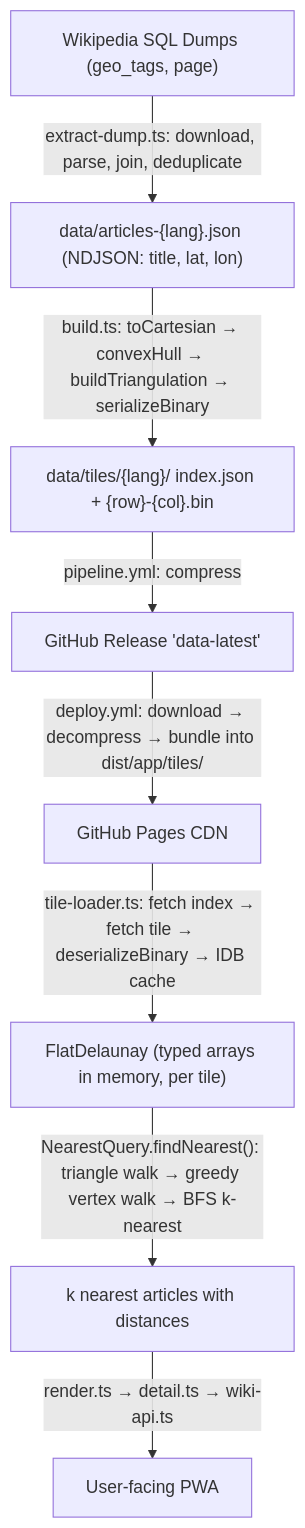
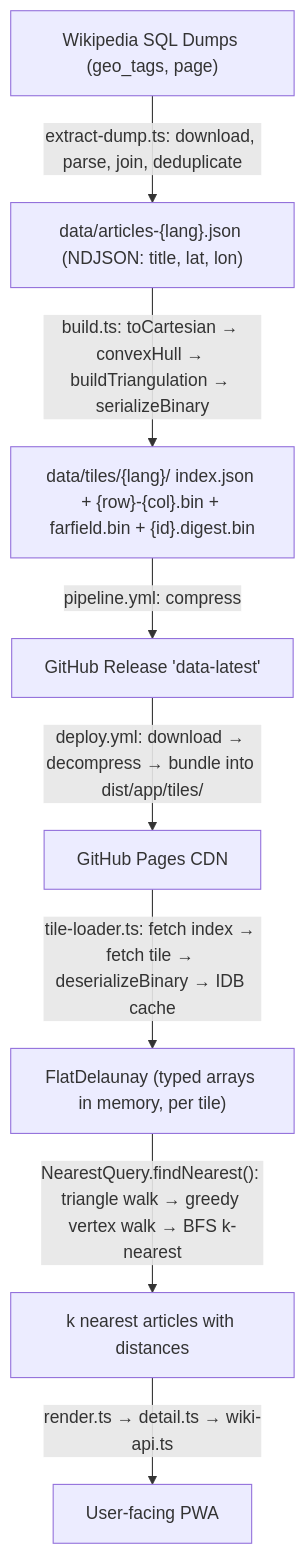
One commit to ChrisSteinbach/tour-guide changed the diagram in docs/architecture.md. Above: the diagram before and after it, drawn with Mermaid. The commit also changed other lines of this file and 5 other files, not shown here.

````diff
--- a/docs/architecture.md
+++ b/docs/architecture.md
@@ -7,19 +7,19 @@
 ```mermaid
 flowchart TD
     dumps["Wikipedia SQL Dumps (geo_tags, page)"]
     ndjson["data/articles-#123;lang#125;.json (NDJSON: title, lat, lon)"]
-    tiles["data/tiles/#123;lang#125;/ index.json + #123;row#125;-#123;col#125;.bin"]
+    tiles["data/tiles/#123;lang#125;/ index.json + #123;row#125;-#123;col#125;.bin + farfield.bin + #123;id#125;.digest.bin"]
     release["GitHub Release 'data-latest'"]
     cdn["GitHub Pages CDN"]
     flat["FlatDelaunay (typed arrays in memory, per tile)"]
     results["k nearest articles with distances"]
     pwa["User-facing PWA"]
 
     dumps -- "extract-dump.ts: download, parse, join, deduplicate" --> ndjson
     ndjson -- "build.ts: toCartesian → convexHull → buildTriangulation → serializeBinary" --> tiles
     tiles -- "pipeline.yml: compress" --> release
     release -- "deploy.yml: download → decompress → bundle into dist/app/tiles/" --> cdn
     cdn -- "tile-loader.ts: fetch index → fetch tile → deserializeBinary → IDB cache" --> flat
     flat -- "NearestQuery.findNearest(): triangle walk → greedy vertex walk → BFS k-nearest" --> results
     results -- "render.ts → detail.ts → wiki-api.ts" --> pwa
 ```
````
